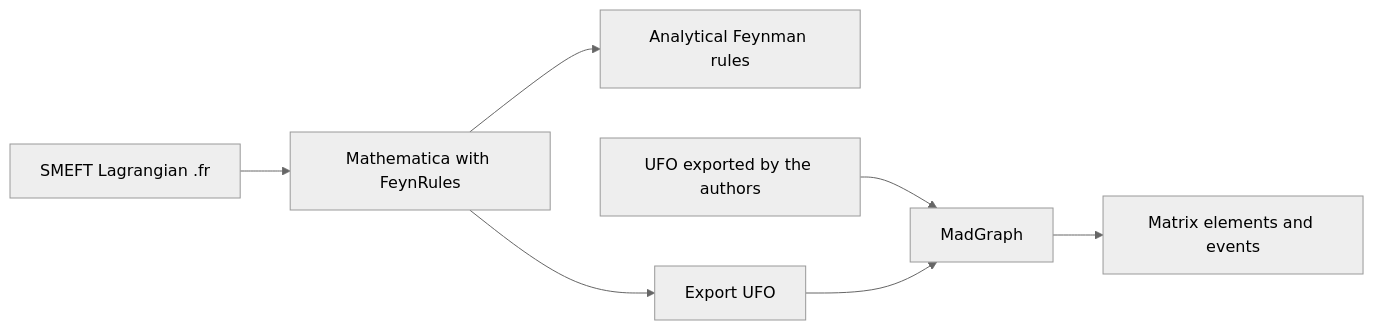
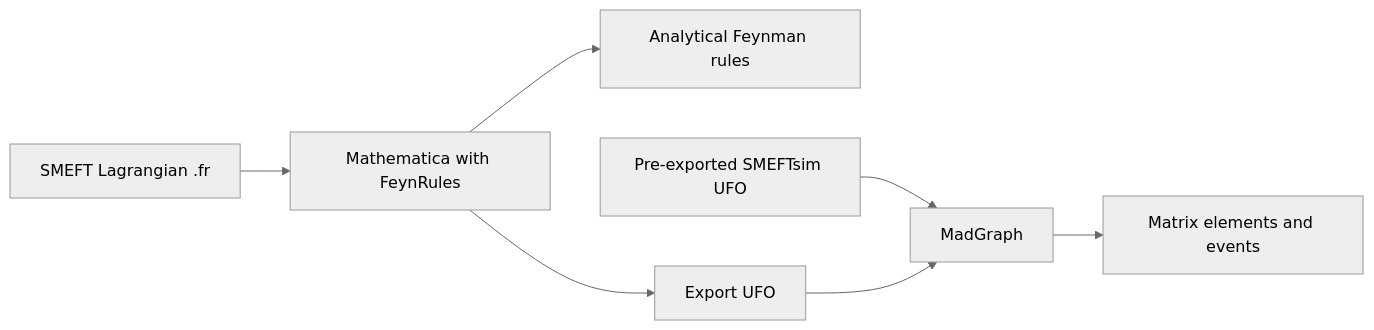
One commit to RuneTan/smeftsim-learning changed the second of 2 diagrams in docs/model/README.md. Above: the diagram before and after it, drawn with Mermaid (neutral theme). The commit also changed other lines of this file and 39 other files, not shown here.

````diff
--- a/docs/model/README.md
+++ b/docs/model/README.md
@@ -57,9 +57,9 @@
 ```mermaid
 flowchart LR
     A[SMEFT Lagrangian .fr] --> B[Mathematica with FeynRules]
     B --> C[Analytical Feynman rules]
     B --> D[Export UFO]
-    E[UFO exported by the authors] --> F[MadGraph]
+    E[Pre-exported SMEFTsim UFO] --> F[MadGraph]
     D --> F
     F --> G[Matrix elements and events]
 ```
````
